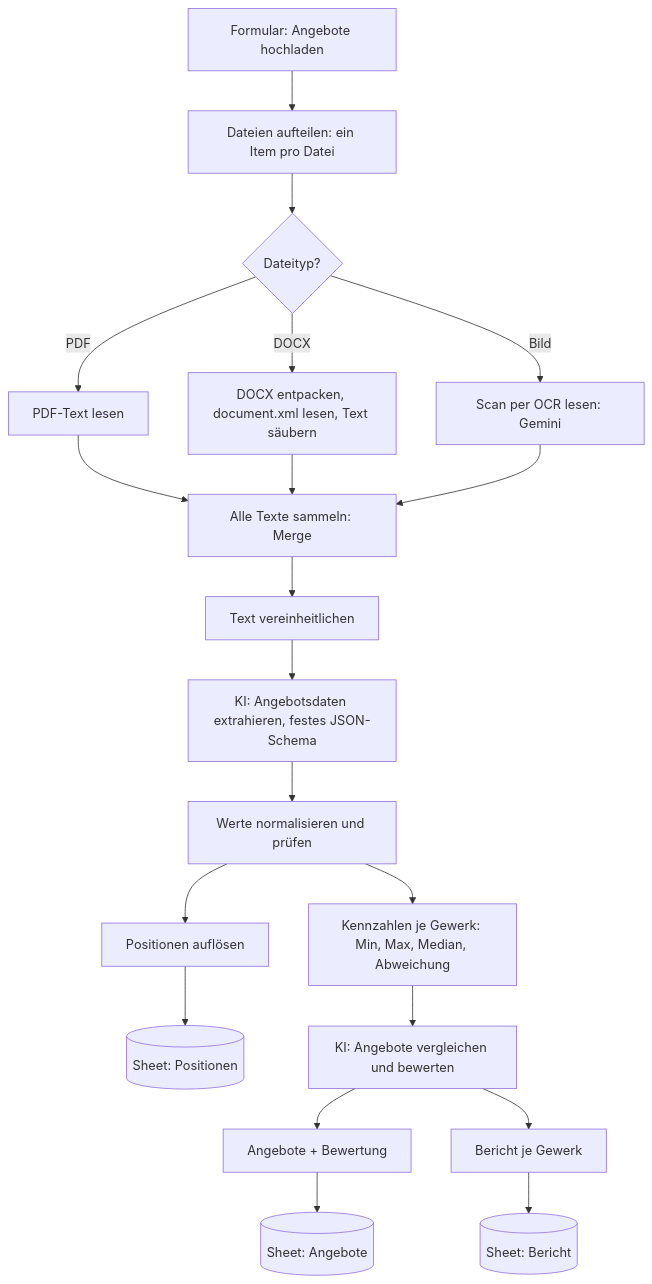
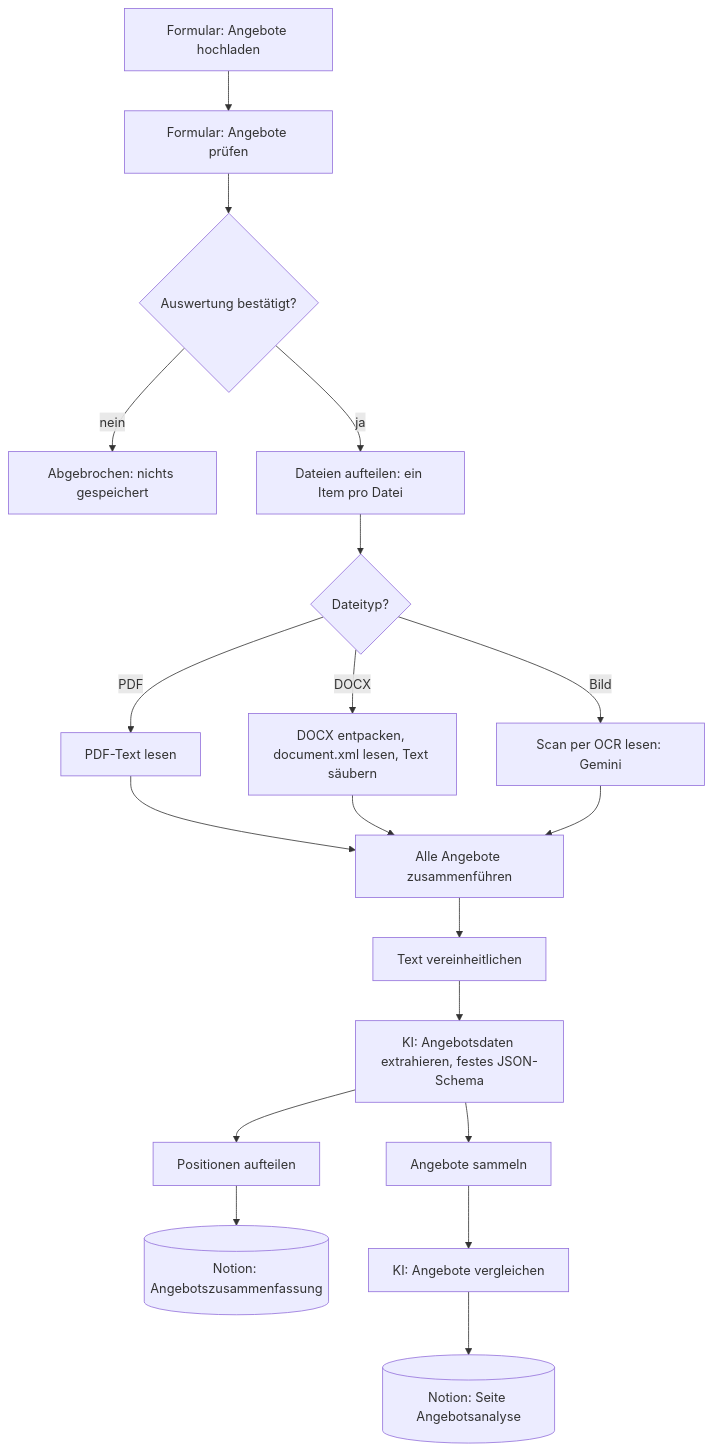
One commit to Oliver3110/n8n-angebotsauswertung-bau changed the diagram in README.md. Above: the diagram before and after it, drawn with Mermaid. The commit also changed other lines of this file and 3 other files, not shown here.

````diff
--- a/README.md
+++ b/README.md
@@ -29,22 +29,21 @@
 ```mermaid
 flowchart TD
-    A[Formular: Angebote hochladen] --> B[Dateien aufteilen: ein Item pro Datei]
-    B --> C{Dateityp?}
-    C -- PDF --> D[PDF-Text lesen]
-    C -- DOCX --> E[DOCX entpacken, document.xml lesen, Text säubern]
-    C -- Bild --> F[Scan per OCR lesen: Gemini]
-    D --> G[Alle Texte sammeln: Merge]
-    E --> G
-    F --> G
-    G --> H[Text vereinheitlichen]
-    H --> I[KI: Angebotsdaten extrahieren, festes JSON-Schema]
-    I --> J[Werte normalisieren und prüfen]
-    J --> K[Positionen auflösen]
-    K --> L[(Sheet: Positionen)]
-    J --> M[Kennzahlen je Gewerk: Min, Max, Median, Abweichung]
-    M --> N[KI: Angebote vergleichen und bewerten]
-    N --> O[Angebote + Bewertung]
-    O --> P[(Sheet: Angebote)]
-    N --> Q[Bericht je Gewerk]
-    Q --> R[(Sheet: Bericht)]
+    A[Formular: Angebote hochladen] --> B[Formular: Angebote prüfen]
+    B --> C{Auswertung bestätigt?}
+    C -- nein --> X[Abgebrochen: nichts gespeichert]
+    C -- ja --> D[Dateien aufteilen: ein Item pro Datei]
+    D --> E{Dateityp?}
+    E -- PDF --> F[PDF-Text lesen]
+    E -- DOCX --> G[DOCX entpacken, document.xml lesen, Text säubern]
+    E -- Bild --> H[Scan per OCR lesen: Gemini]
+    F --> I[Alle Angebote zusammenführen]
+    G --> I
+    H --> I
+    I --> J[Text vereinheitlichen]
+    J --> K[KI: Angebotsdaten extrahieren, festes JSON-Schema]
+    K --> L[Positionen aufteilen]
+    L --> M[(Notion: Angebotszusammenfassung)]
+    K --> N[Angebote sammeln]
+    N --> O[KI: Angebote vergleichen]
+    O --> P[(Notion: Seite Angebotsanalyse)]
 ```
````
